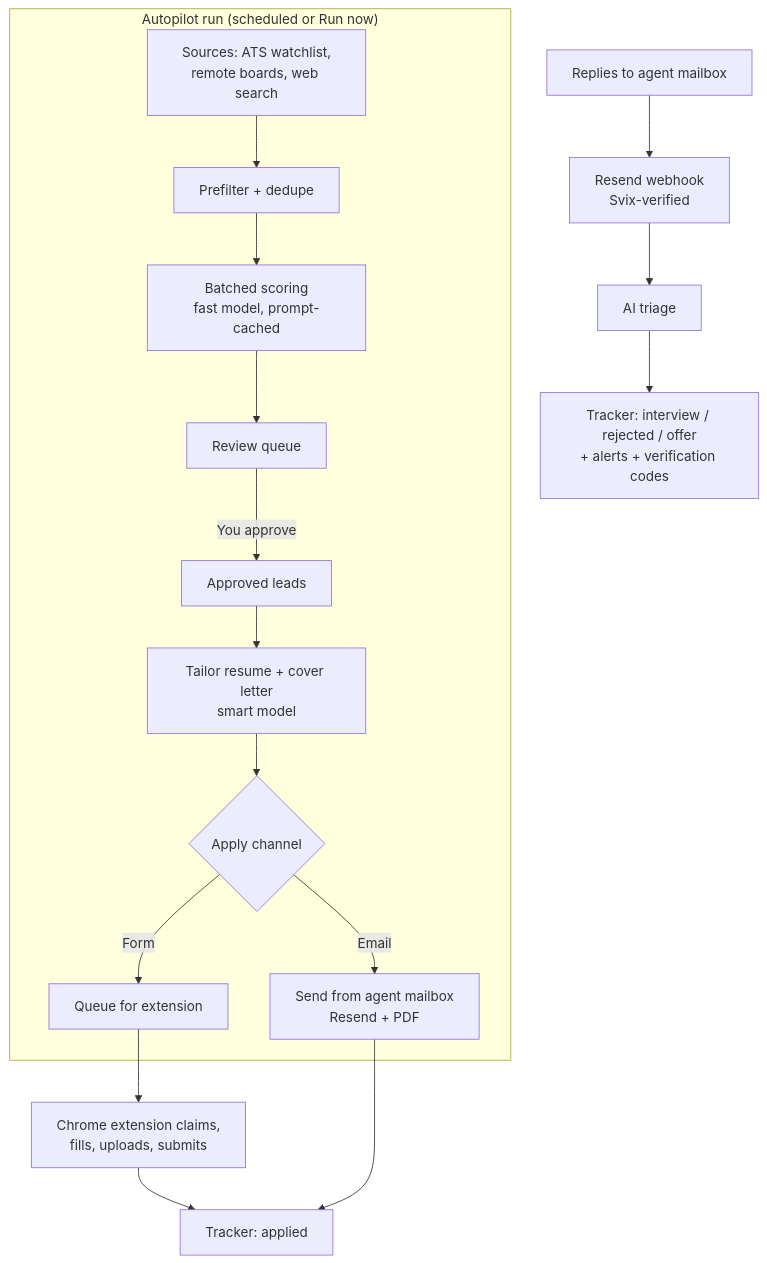
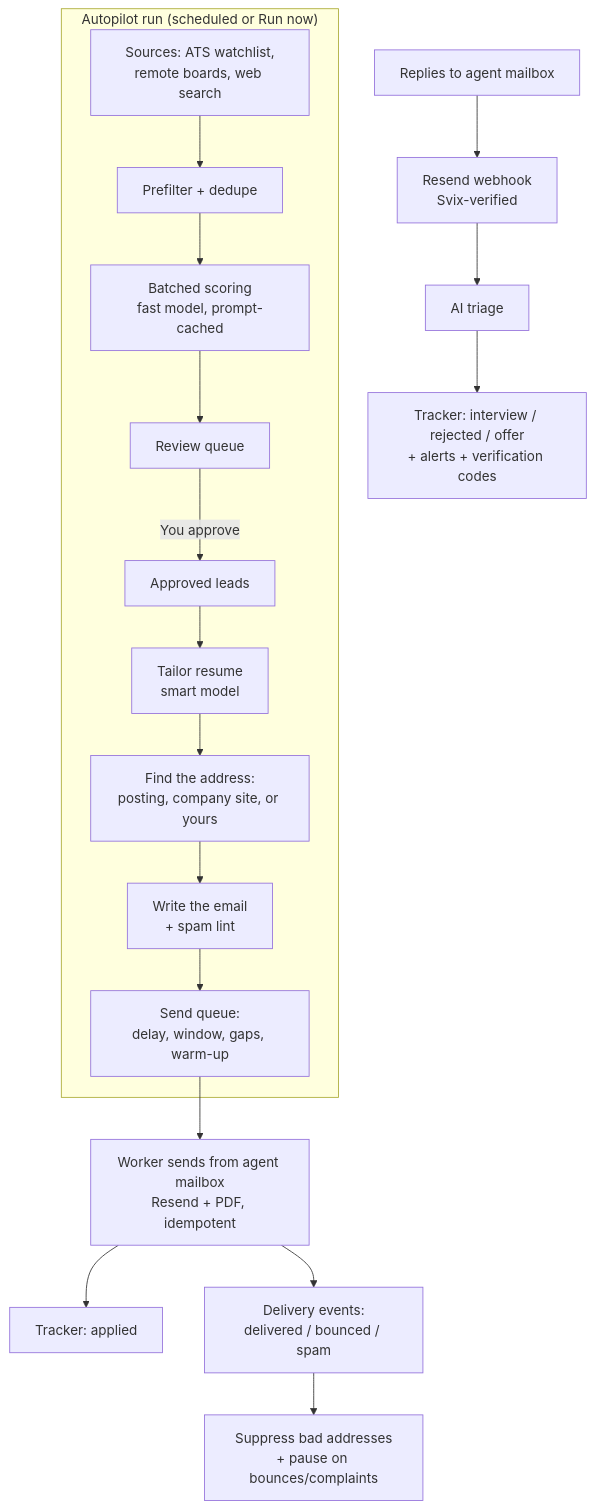
Before and after one commit to collinsadi/aethlara: the diagram in README.md, drawn with Mermaid. The commit also changed other lines of this file, not shown here.

Commit message:
docs: describe email-only applying and deliverability

````diff
--- a/README.md
+++ b/README.md
@@ -299,19 +303,20 @@
 ```mermaid
 flowchart TD
     subgraph Run["Autopilot run (scheduled or Run now)"]
-        A[Approved leads] --> B[Tailor resume + cover letter<br/>smart model]
-        B --> C{Apply channel}
-        C -->|Email| D[Send from agent mailbox<br/>Resend + PDF]
-        C -->|Form| E[Queue for extension]
+        A[Approved leads] --> B[Tailor resume<br/>smart model]
+        B --> C[Find the address:<br/>posting, company site, or yours]
+        C --> E[Write the email<br/>+ spam lint]
+        E --> Q[Send queue:<br/>delay, window, gaps, warm-up]
         F[Sources: ATS watchlist,<br/>remote boards, web search] --> G[Prefilter + dedupe]
         G --> H[Batched scoring<br/>fast model, prompt-cached]
         H --> I[Review queue]
     end
     I -->|You approve| A
-    E --> J[Chrome extension claims,<br/>fills, uploads, submits]
-    J --> K[Tracker: applied]
-    D --> K
+    Q --> D[Worker sends from agent mailbox<br/>Resend + PDF, idempotent]
+    D --> K[Tracker: applied]
+    D --> P[Delivery events:<br/>delivered / bounced / spam]
+    P --> S[Suppress bad addresses<br/>+ pause on bounces/complaints]
     L[Replies to agent mailbox] --> M[Resend webhook<br/>Svix-verified]
     M --> N[AI triage]
     N --> O[Tracker: interview / rejected / offer<br/>+ alerts + verification codes]
 ```
````
